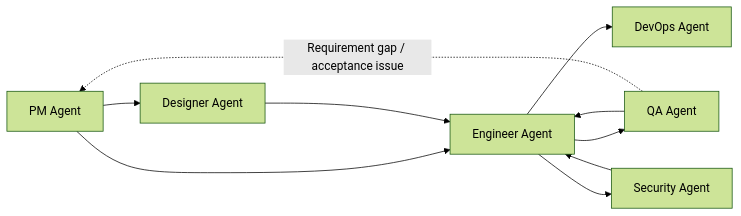
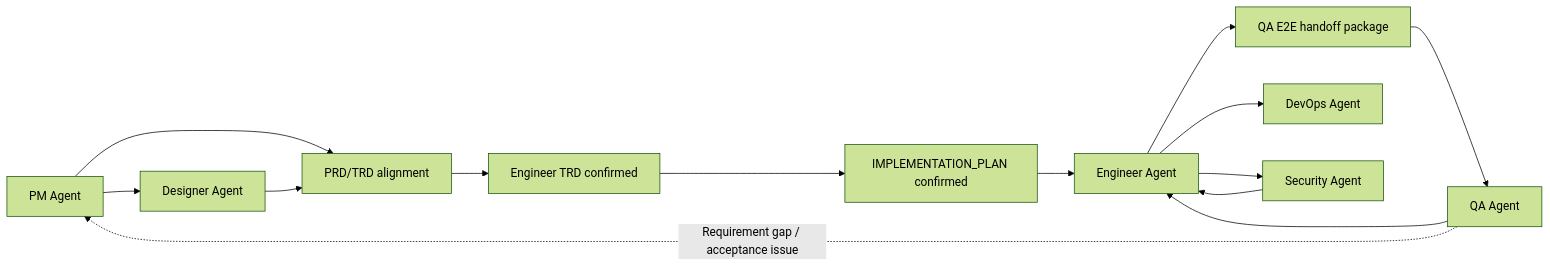
One commit to Neplich/dev-agent-skills changed the diagram in README.md. Above: the diagram before and after it, drawn with Mermaid (forest theme). The commit also changed other lines of this file and 3 other files, not shown here.

````diff
--- a/README.md
+++ b/README.md
@@ -52,12 +52,16 @@
 ```mermaid
 flowchart LR
     PM["PM Agent"] --> Designer["Designer Agent"]
-    PM --> Engineer["Engineer Agent"]
-    Designer --> Engineer
-    Engineer --> QA["QA Agent"]
+    PM --> Align["PRD/TRD alignment"]
+    Designer --> Align
+    Align --> TRD["Engineer TRD confirmed"]
+    TRD --> Plan["IMPLEMENTATION_PLAN confirmed"]
+    Plan --> Engineer["Engineer Agent"]
+    Engineer --> QAHandOff["QA E2E handoff package"]
+    QAHandOff --> QA["QA Agent"]
     QA --> Engineer
     QA -. "Requirement gap / acceptance issue" .-> PM
     Engineer --> DevOps["DevOps Agent"]
     Engineer --> Security["Security Agent"]
     Security --> Engineer
 ```
````
